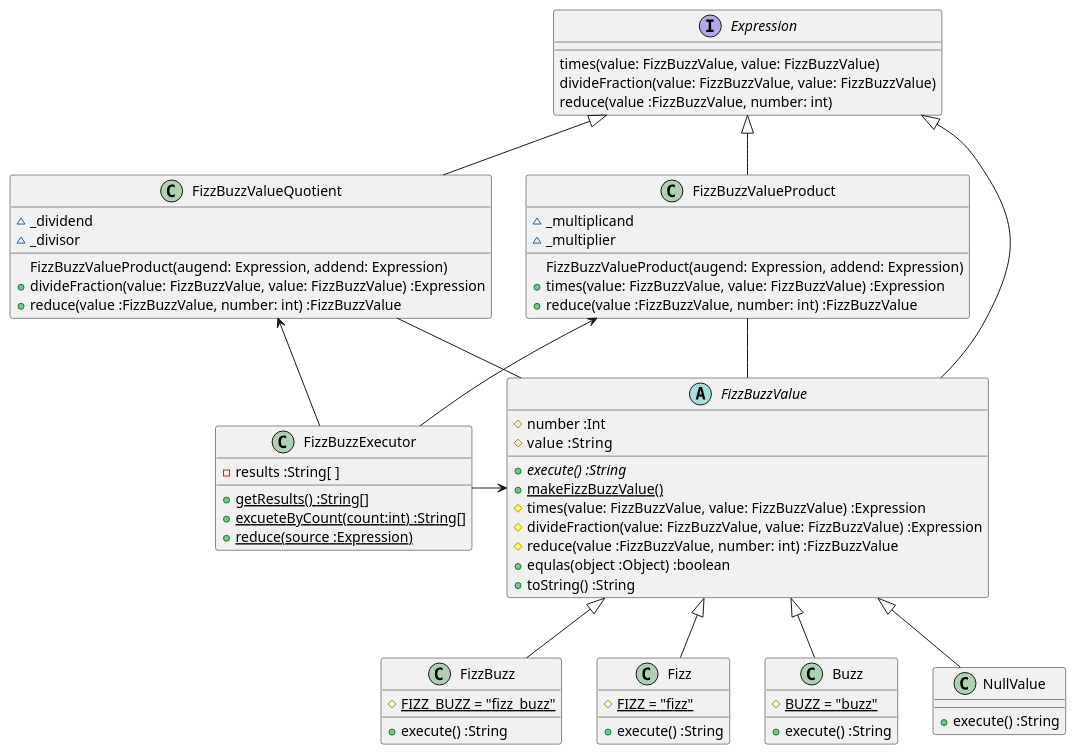
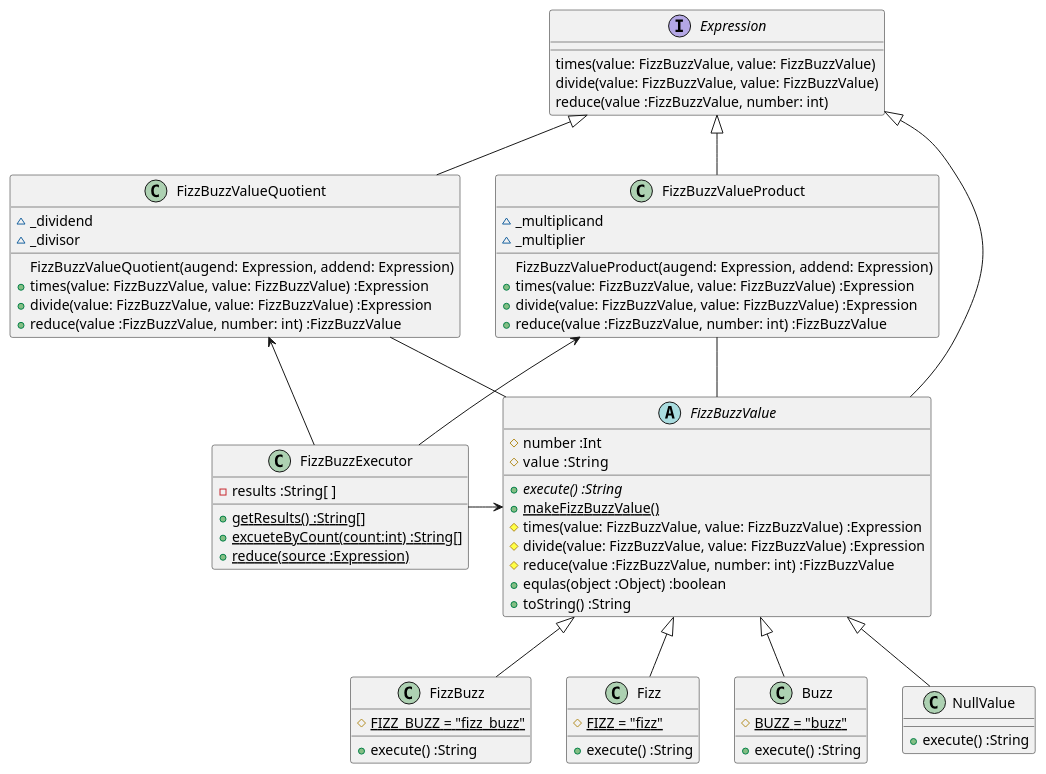
Before and after one commit to k2works/etude_for_java: the first of 8 diagrams in docs/src/fizzbuzz.md, drawn with PlantUML. The commit also changed other lines of this file and 14 other files, not shown here.

First line of the commit message:
FizzBuzz #EFJ-8

````diff
--- a/docs/src/fizzbuzz.md
+++ b/docs/src/fizzbuzz.md
@@ -37,68 +37,70 @@
 ```puml
 @startuml
 class FizzBuzzExecutor {
   -results :String[ ]
   +{static}getResults() :String[]  
   +{static}excueteByCount(count:int) :String[]
   +{static}reduce(source :Expression)
 }
 abstract class FizzBuzzValue {
   #number :Int
   #value  :String
   +{abstract}execute() :String
   +{static} makeFizzBuzzValue()
   #times(value: FizzBuzzValue, value: FizzBuzzValue) :Expression
-  #divideFraction(value: FizzBuzzValue, value: FizzBuzzValue) :Expression
+  #divide(value: FizzBuzzValue, value: FizzBuzzValue) :Expression
   #reduce(value :FizzBuzzValue, number: int) :FizzBuzzValue
   +equlas(object :Object) :boolean
   +toString() :String
 }
 class FizzBuzz {
   #{static} FIZZ_BUZZ = "fizz_buzz"
   +execute() :String
 }
 class Fizz {
   #{static} FIZZ = "fizz"
   +execute() :String
 }
 class Buzz {
   #{static} BUZZ = "buzz"  
   +execute() :String  
 }
 class NullValue {
   +execute() :String  
 }
 class FizzBuzzValueProduct {
   ~_multiplicand
   ~_multiplier
   FizzBuzzValueProduct(augend: Expression, addend: Expression)
   +times(value: FizzBuzzValue, value: FizzBuzzValue) :Expression
+  +divide(value: FizzBuzzValue, value: FizzBuzzValue) :Expression
   +reduce(value :FizzBuzzValue, number: int) :FizzBuzzValue
 }
 class FizzBuzzValueQuotient {
   ~_dividend
   ~_divisor
-  FizzBuzzValueProduct(augend: Expression, addend: Expression)
-  +divideFraction(value: FizzBuzzValue, value: FizzBuzzValue) :Expression
+  FizzBuzzValueQuotient(augend: Expression, addend: Expression)
+  +times(value: FizzBuzzValue, value: FizzBuzzValue) :Expression  
+  +divide(value: FizzBuzzValue, value: FizzBuzzValue) :Expression
   +reduce(value :FizzBuzzValue, number: int) :FizzBuzzValue
 }
 interface Expression {
   times(value: FizzBuzzValue, value: FizzBuzzValue)
-  divideFraction(value: FizzBuzzValue, value: FizzBuzzValue)
+  divide(value: FizzBuzzValue, value: FizzBuzzValue)
   reduce(value :FizzBuzzValue, number: int)
 }
 FizzBuzzExecutor -> FizzBuzzValue
 FizzBuzzValue <|-- Fizz
 FizzBuzzValue <|-- Buzz
 FizzBuzzValue <|-- FizzBuzz
 FizzBuzzValue <|-- NullValue
 FizzBuzzValueProduct -- FizzBuzzValue
 FizzBuzzValueProduct <- FizzBuzzExecutor
 FizzBuzzValueQuotient - FizzBuzzValue
 FizzBuzzValueQuotient <-- FizzBuzzExecutor
 Expression <|- FizzBuzzValue
 Expression <|-- FizzBuzzValueProduct
 Expression <|-- FizzBuzzValueQuotient
 
 @enduml
 ```
````
